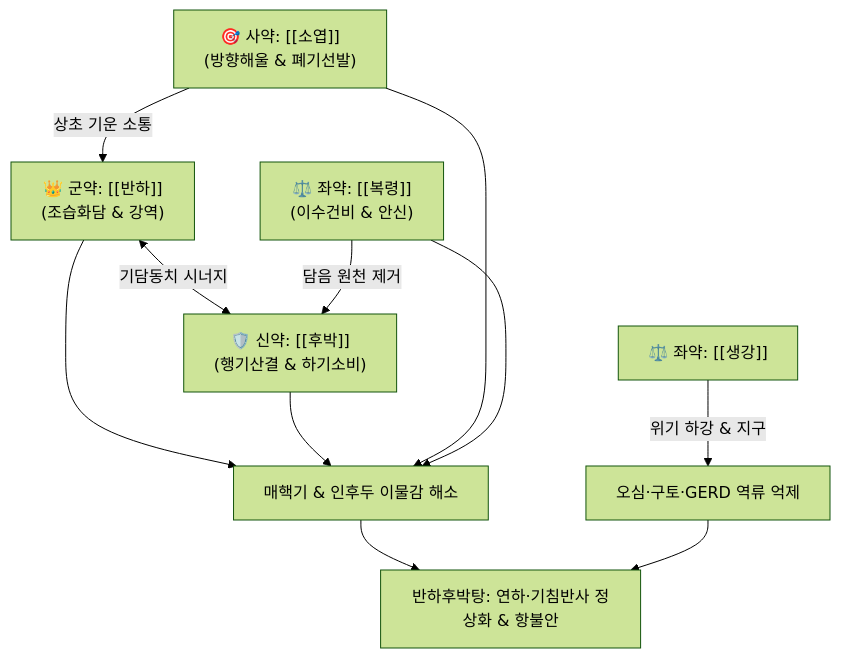
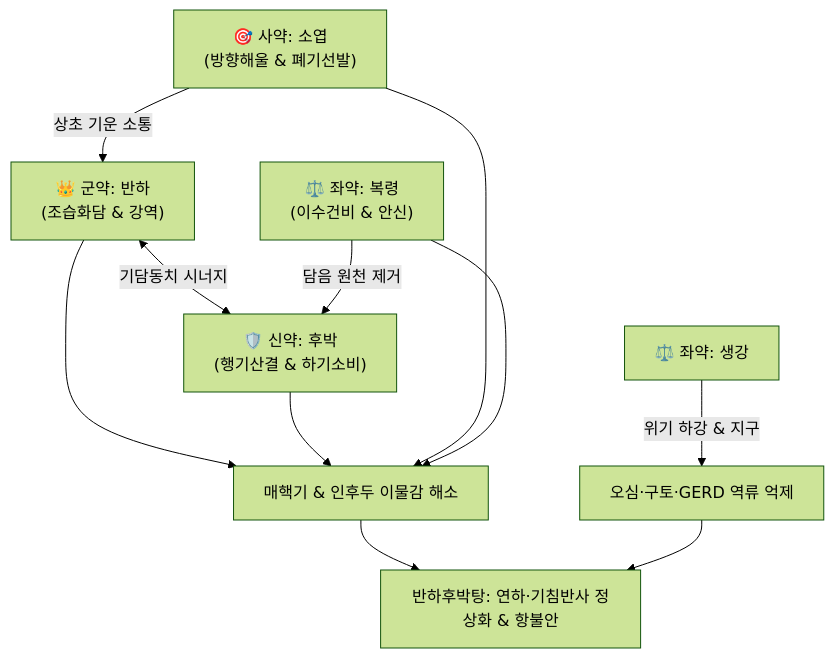
One commit to simbio11/simbio-digital-garden2 changed the diagram in content/2. 약리 공부/처방/03_화담·거습·이수제/반하후박탕.md. Above: the diagram before and after it, drawn with Mermaid (forest theme). The commit also changed other lines of this file and 323 other files, not shown here.

````diff
--- a/content/2. 약리 공부/처방/03_화담·거습·이수제/반하후박탕.md
+++ b/content/2. 약리 공부/처방/03_화담·거습·이수제/반하후박탕.md
@@ -52,9 +54,9 @@
 ```mermaid
 graph TD
-    BH["👑 군약: [[반하]]<br>(조습화담 & 강역)"] <-->|기담동치 시너지| HP["🛡️ 신약: [[후박]]<br>(행기산결 & 하기소비)"]
-    SY["🎯 사약: [[소엽]]<br>(방향해울 & 폐기선발)"] -->|상초 기운 소통| BH
-    FL["⚖️ 좌약: [[복령]]<br>(이수건비 & 안신)"] -->|담음 원천 제거| HP
+    BH["👑 군약: 반하<br>(조습화담 & 강역)"] <-->|기담동치 시너지| HP["🛡️ 신약: 후박<br>(행기산결 & 하기소비)"]
+    SY["🎯 사약: 소엽<br>(방향해울 & 폐기선발)"] -->|상초 기운 소통| BH
+    FL["⚖️ 좌약: 복령<br>(이수건비 & 안신)"] -->|담음 원천 제거| HP
     BH & HP & SY & FL --> X["매핵기 & 인후두 이물감 해소"]
-    SG["⚖️ 좌약: [[생강]]"] -->|위기 하강 & 지구| Y["오심·구토·GERD 역류 억제"]
+    SG["⚖️ 좌약: 생강"] -->|위기 하강 & 지구| Y["오심·구토·GERD 역류 억제"]
     X & Y --> Final["반하후박탕: 연하·기침반사 정상화 & 항불안"]
 ```
````
